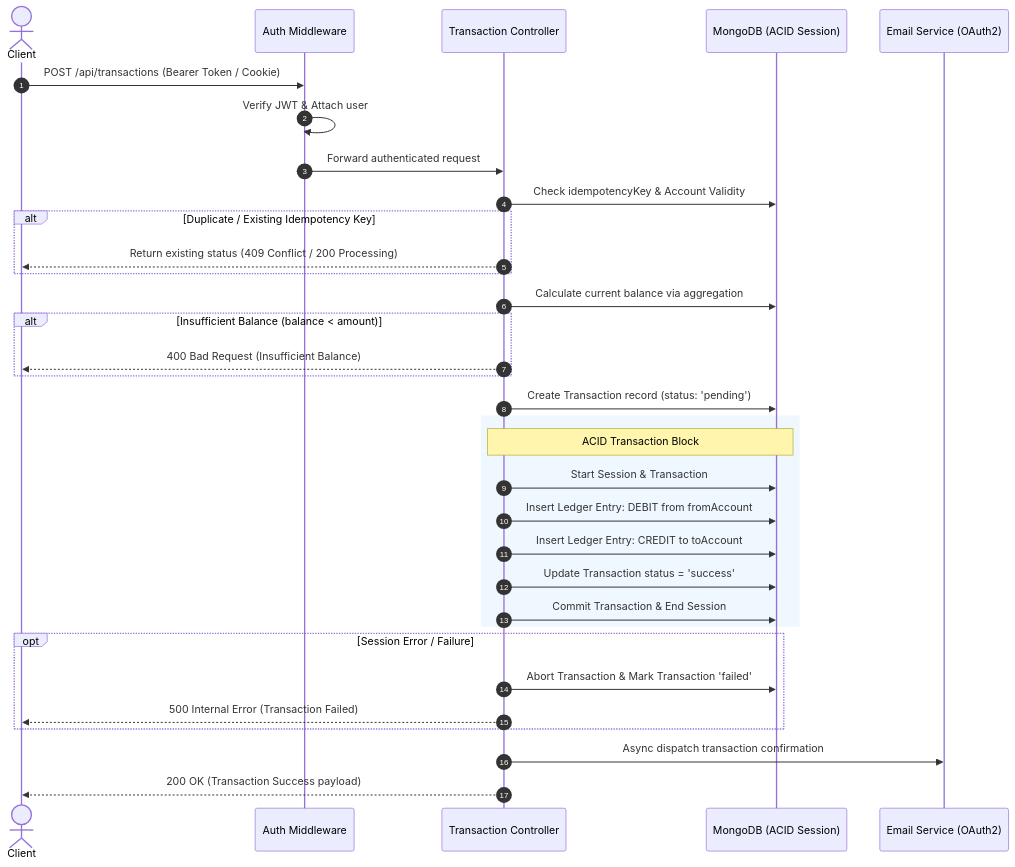
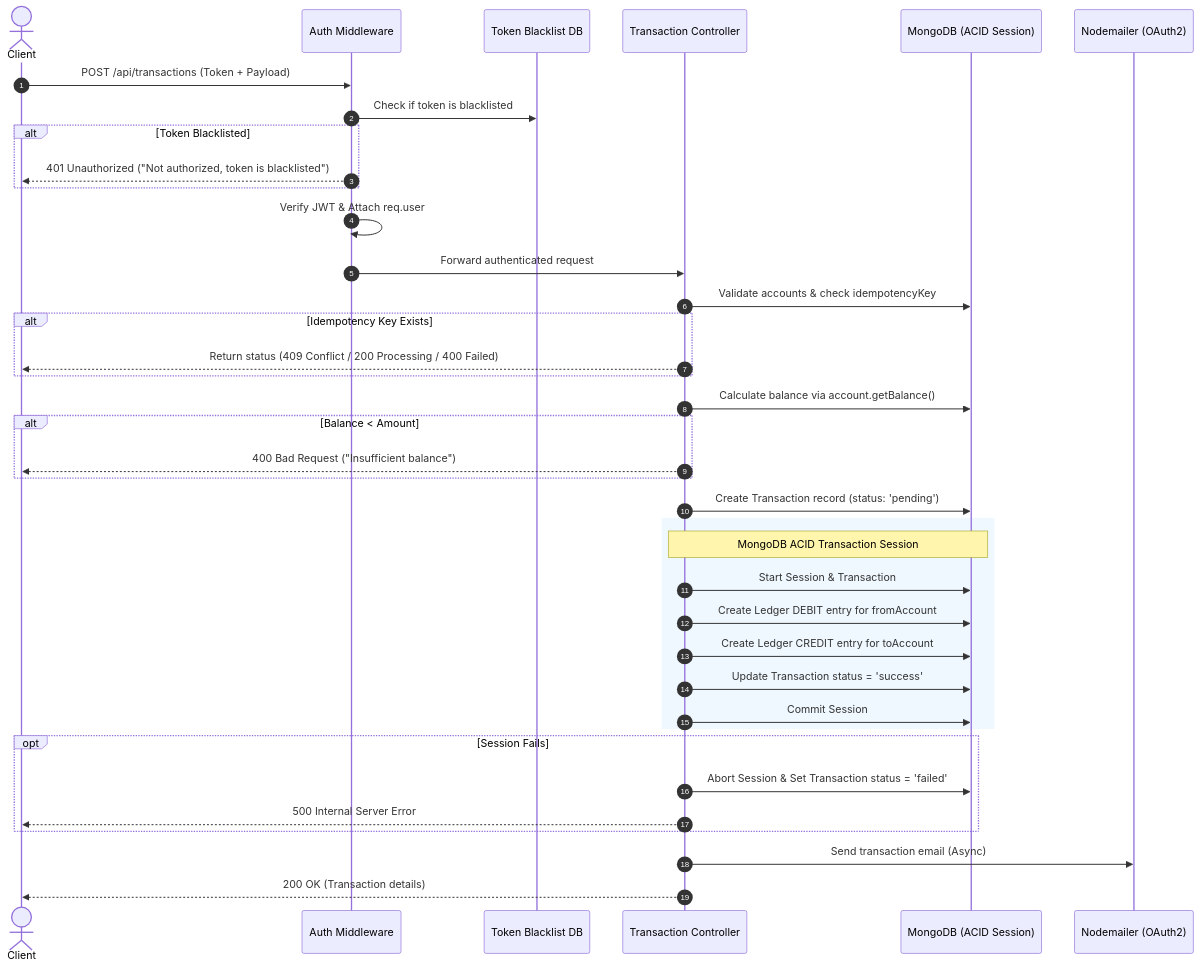
One commit to Himanshux07/transaction-ledger-api changed the first of 2 diagrams in README.md. Above: the diagram before and after it, drawn with Mermaid. The commit also changed other lines of this file, not shown here.

Commit message:
docs: update README documentation to reflect API architectural refinements and include JWT blacklisting details.

````diff
--- a/README.md
+++ b/README.md
@@ -71,42 +63,47 @@
 ```mermaid
 sequenceDiagram
     autonumber
     actor Client
     participant Auth as Auth Middleware
+    participant Blacklist as Token Blacklist DB
     participant Controller as Transaction Controller
     participant DB as MongoDB (ACID Session)
-    participant Email as Email Service (OAuth2)
+    participant Email as Nodemailer (OAuth2)
 
-    Client->>Auth: POST /api/transactions (Bearer Token / Cookie)
-    Auth->>Auth: Verify JWT & Attach user
+    Client->>Auth: POST /api/transactions (Token + Payload)
+    Auth->>Blacklist: Check if token is blacklisted
+    alt Token Blacklisted
+        Auth-->>Client: 401 Unauthorized ("Not authorized, token is blacklisted")
+    end
+    Auth->>Auth: Verify JWT & Attach req.user
     Auth->>Controller: Forward authenticated request
-    
-    Controller->>DB: Check idempotencyKey & Account Validity
-    alt Duplicate / Existing Idempotency Key
-        Controller-->>Client: Return existing status (409 Conflict / 200 Processing)
+
+    Controller->>DB: Validate accounts & check idempotencyKey
+    alt Idempotency Key Exists
+        Controller-->>Client: Return status (409 Conflict / 200 Processing / 400 Failed)
     end
 
-    Controller->>DB: Calculate current balance via aggregation
-    alt Insufficient Balance (balance < amount)
-        Controller-->>Client: 400 Bad Request (Insufficient Balance)
+    Controller->>DB: Calculate balance via account.getBalance()
+    alt Balance < Amount
+        Controller-->>Client: 400 Bad Request ("Insufficient balance")
     end
 
     Controller->>DB: Create Transaction record (status: 'pending')
     
     rect rgb(240, 248, 255)
-        Note over Controller,DB: ACID Transaction Block
+        Note over Controller,DB: MongoDB ACID Transaction Session
         Controller->>DB: Start Session & Transaction
-        Controller->>DB: Insert Ledger Entry: DEBIT from fromAccount
-        Controller->>DB: Insert Ledger Entry: CREDIT to toAccount
+        Controller->>DB: Create Ledger DEBIT entry for fromAccount
+        Controller->>DB: Create Ledger CREDIT entry for toAccount
         Controller->>DB: Update Transaction status = 'success'
-        Controller->>DB: Commit Transaction & End Session
+        Controller->>DB: Commit Session
     end
 
-    opt Session Error / Failure
-        Controller->>DB: Abort Transaction & Mark Transaction 'failed'
-        Controller-->>Client: 500 Internal Error (Transaction Failed)
+    opt Session Fails
+        Controller->>DB: Abort Session & Set Transaction status = 'failed'
+        Controller-->>Client: 500 Internal Server Error
     end
 
-    Controller->>Email: Async dispatch transaction confirmation
-    Controller-->>Client: 200 OK (Transaction Success payload)
+    Controller->>Email: Send transaction email (Async)
+    Controller-->>Client: 200 OK (Transaction details)
 ```
````
